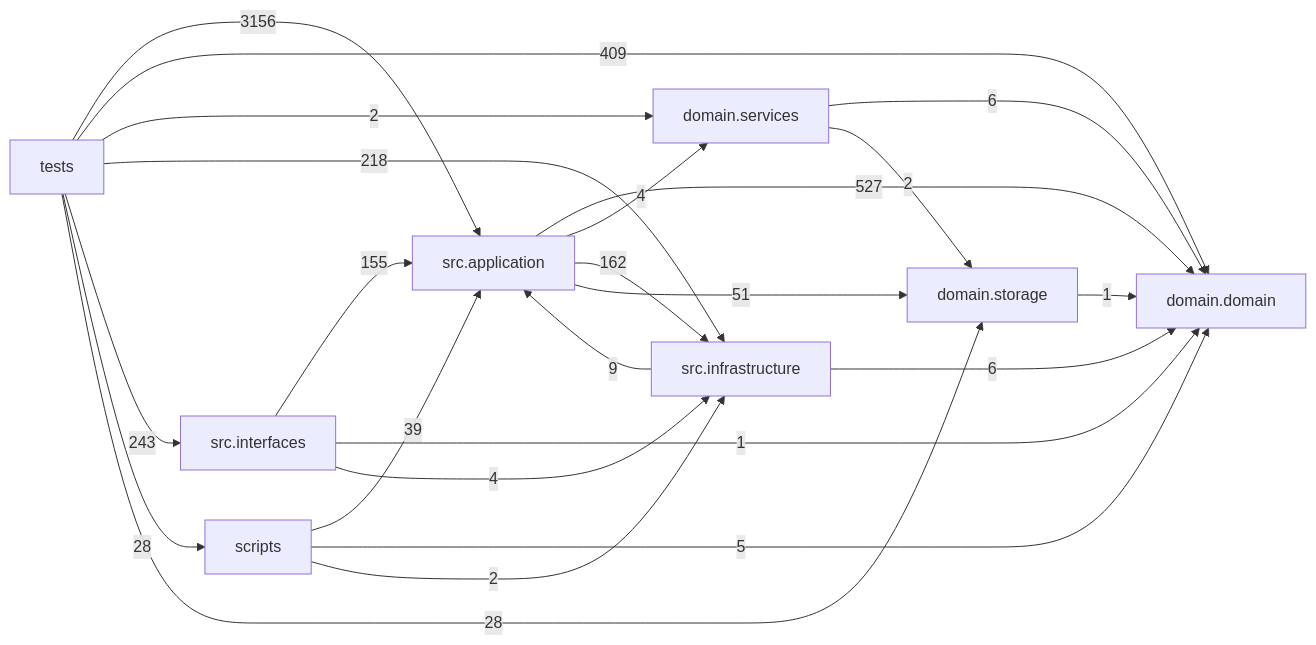
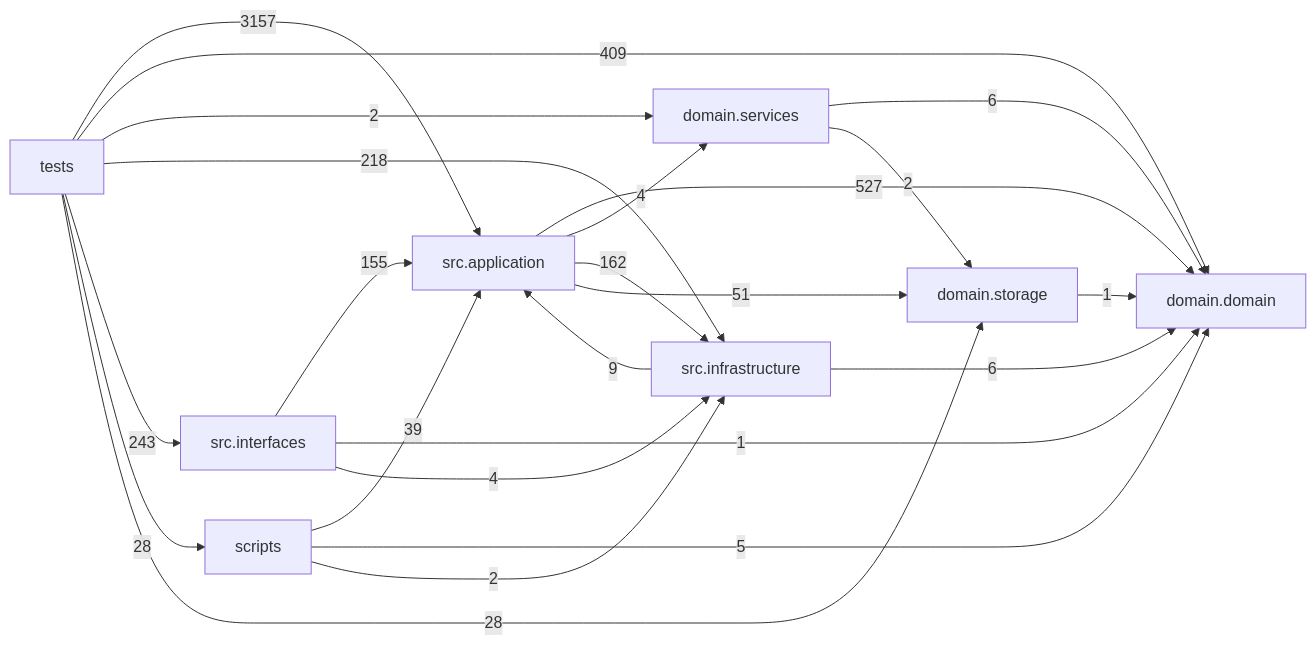
The diagram in docs/DEPENDENCY_GRAPH.md (liuxie066/options-monitor), drawn with Mermaid before and after one commit. The commit also changed other lines of this file and 6 other files, not shown here.

````diff
--- a/docs/DEPENDENCY_GRAPH.md
+++ b/docs/DEPENDENCY_GRAPH.md
@@ -24,33 +24,33 @@
 ```mermaid
 flowchart LR
   tests["tests"]
   scripts["scripts"]
   interfaces["src.interfaces"]
   application["src.application"]
   infrastructure["src.infrastructure"]
   domain_services["domain.services"]
   domain["domain.domain"]
   storage["domain.storage"]
   application -->|527| domain
   application -->|4| domain_services
   application -->|162| infrastructure
   application -->|51| storage
   domain_services -->|6| domain
   domain_services -->|2| storage
   infrastructure -->|9| application
   infrastructure -->|6| domain
   interfaces -->|155| application
   interfaces -->|1| domain
   interfaces -->|4| infrastructure
   scripts -->|39| application
   scripts -->|5| domain
   scripts -->|2| infrastructure
   storage -->|1| domain
-  tests -->|3156| application
+  tests -->|3157| application
   tests -->|409| domain
   tests -->|2| domain_services
   tests -->|218| infrastructure
   tests -->|243| interfaces
   tests -->|28| scripts
   tests -->|28| storage
 ```
````
